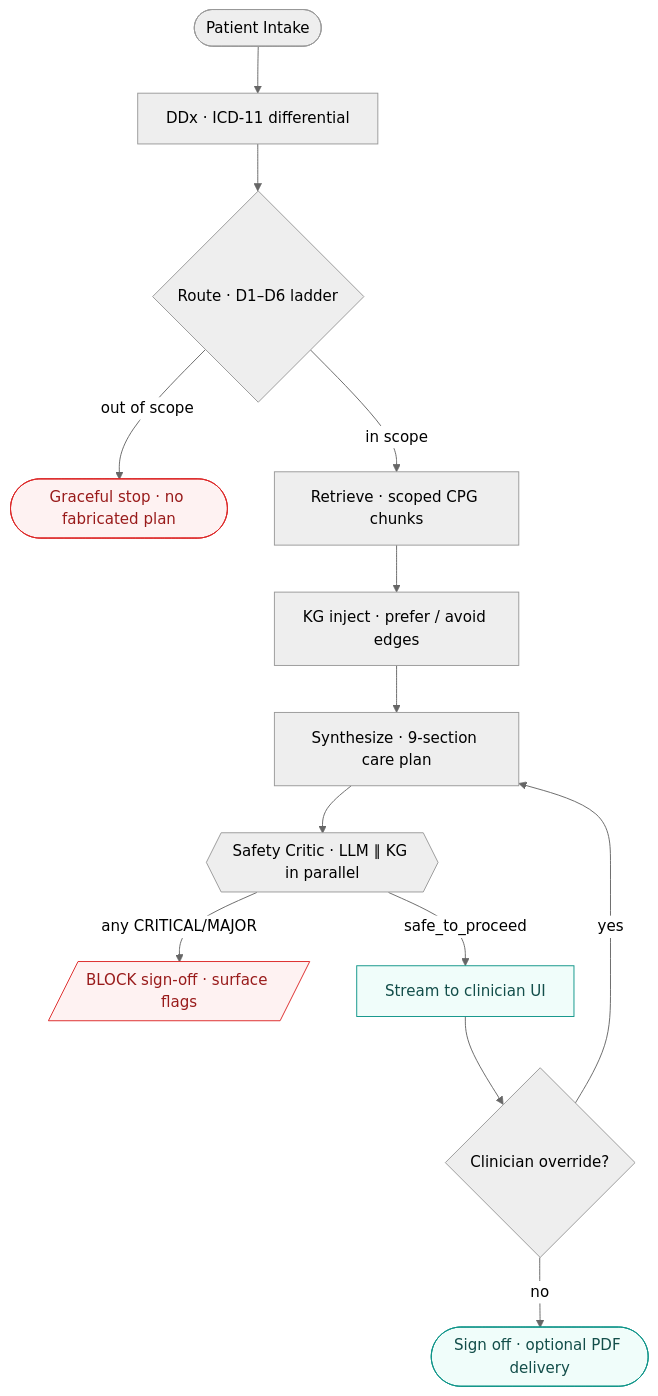
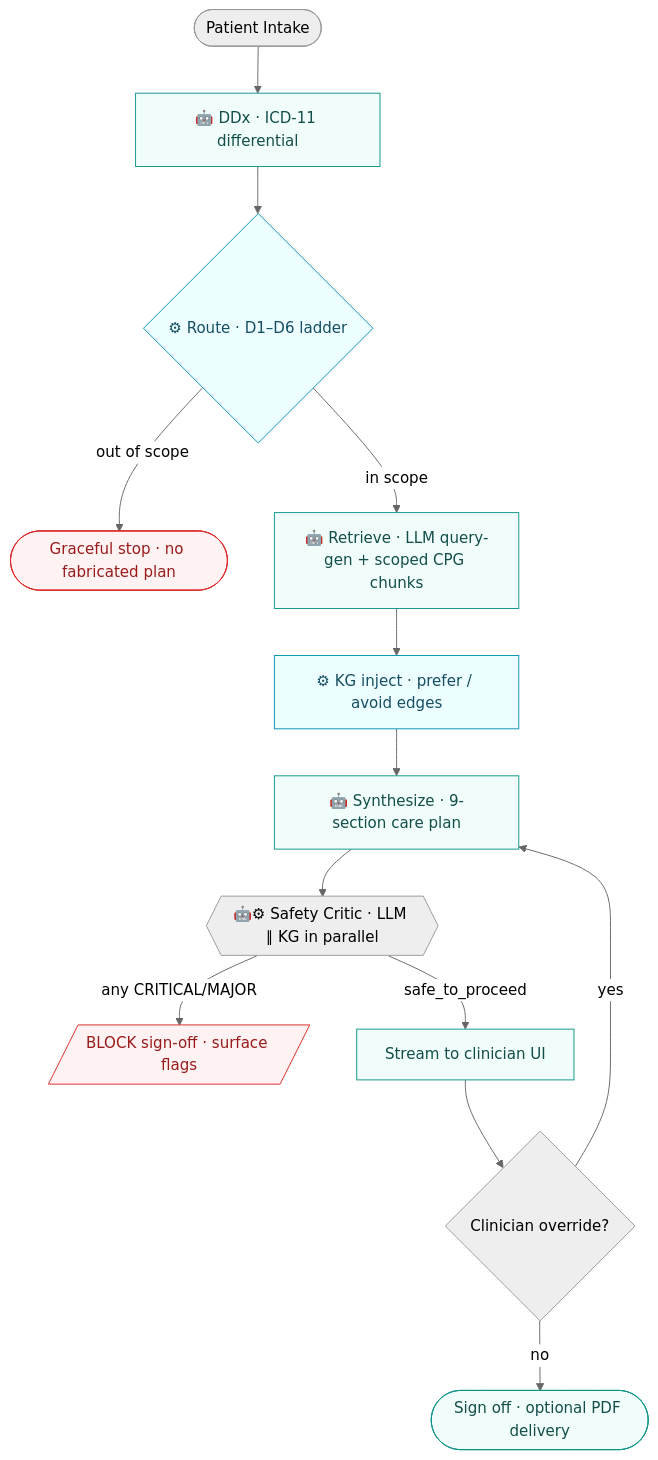
The second of 8 diagrams in POSTER_LAYOUT.md (itznotpk/CPG-LLM-Agentic-RAG-Knowledge-Graph), drawn with Mermaid (neutral theme) before and after one commit. The commit also changed other lines of this file, not shown here.

First line of the commit message:
docs: refine POSTER_LAYOUT moats, SDGs, and architecture diagrams

````diff
--- a/POSTER_LAYOUT.md
+++ b/POSTER_LAYOUT.md
@@ -593,20 +801,24 @@
 ```mermaid
 flowchart TD
-    A([Patient Intake]) --> B[DDx · ICD-11 differential]
-    B --> C{Route · D1–D6 ladder}
+    A([Patient Intake]) --> B["🤖 DDx · ICD-11 differential"]
+    B --> C{"⚙ Route · D1–D6 ladder"}
     C -- out of scope --> Z([Graceful stop · no fabricated plan])
-    C -- in scope --> D[Retrieve · scoped CPG chunks]
-    D --> E[KG inject · prefer / avoid edges]
-    E --> F[Synthesize · 9-section care plan]
-    F --> G{{Safety Critic · LLM ∥ KG in parallel}}
+    C -- in scope --> D["🤖 Retrieve · LLM query-gen + scoped CPG chunks"]
+    D --> E["⚙ KG inject · prefer / avoid edges"]
+    E --> F["🤖 Synthesize · 9-section care plan"]
+    F --> G{{"🤖⚙ Safety Critic · LLM ∥ KG in parallel"}}
     G -- any CRITICAL/MAJOR --> H[/BLOCK sign-off · surface flags/]
     G -- safe_to_proceed --> I[Stream to clinician UI]
     I --> J{Clinician override?}
     J -- yes --> F
     J -- no --> K([Sign off · optional PDF delivery])
 
+    classDef agent fill:#f0fdfa,stroke:#0d9488,color:#134e4a;
+    classDef det fill:#ecfeff,stroke:#0891b2,color:#164e63;
     classDef stop fill:#fef2f2,stroke:#dc2626,color:#991b1b;
     classDef ok fill:#f0fdfa,stroke:#0d9488,color:#134e4a;
+    class B,D,F agent;
+    class C,E det;
     class Z,H stop;
     class I,K ok;
 ```
````
